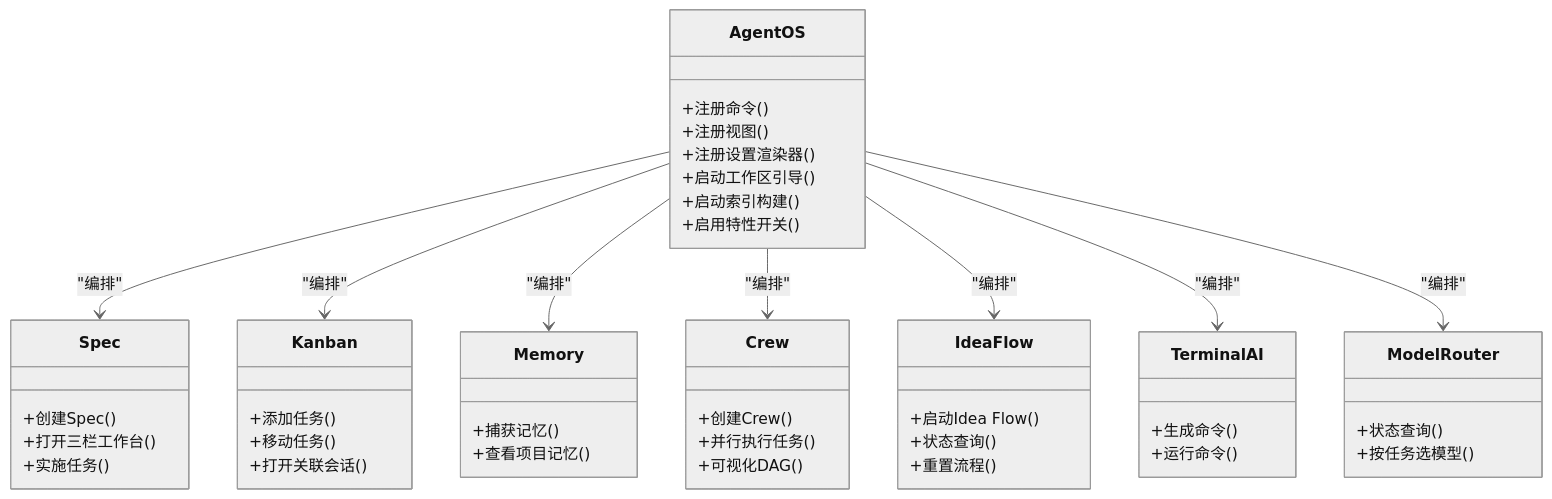
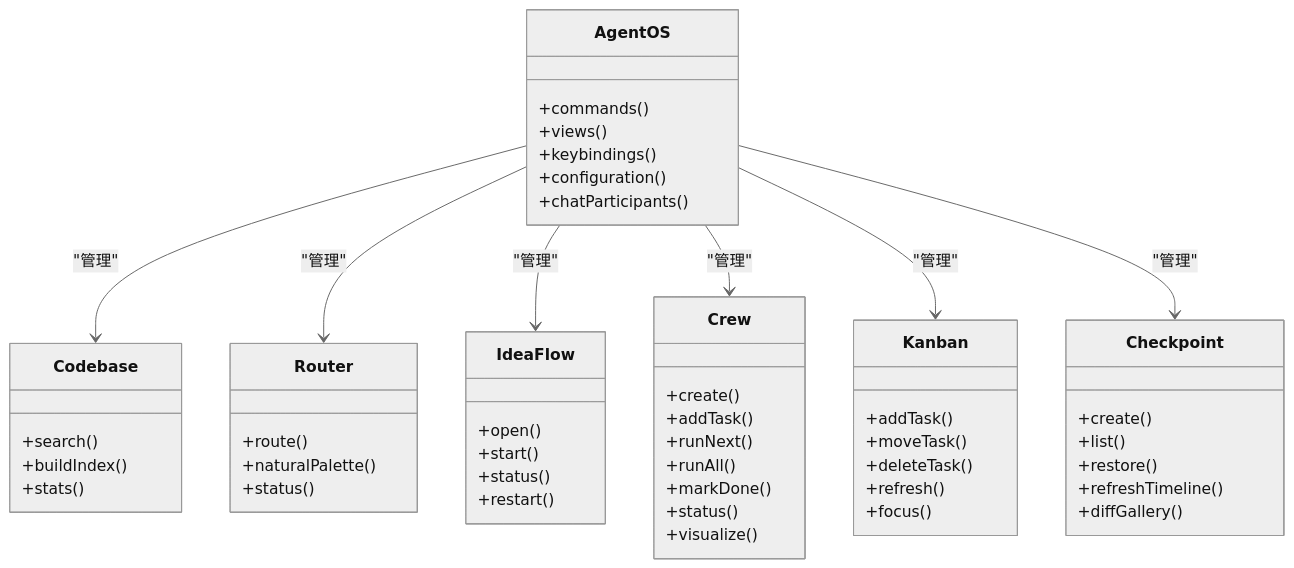
Before and after one commit to sofate798/KodrixCode: the fifth of 7 diagrams in .qoder/repowiki/zh/content/项目概述.md, drawn with Mermaid (neutral theme). The commit also changed other lines of this file and 178 other files, not shown here.

````diff
--- a/.qoder/repowiki/zh/content/项目概述.md
+++ b/.qoder/repowiki/zh/content/项目概述.md
@@ -138,50 +189,55 @@
 ```mermaid
 classDiagram
 class AgentOS {
-+注册命令()
-+注册视图()
-+注册设置渲染器()
-+启动工作区引导()
-+启动索引构建()
-+启用特性开关()
++commands()
++views()
++keybindings()
++configuration()
++chatParticipants()
 }
-class Spec {
-+创建Spec()
-+打开三栏工作台()
-+实施任务()
+class Codebase {
++search()
++buildIndex()
++stats()
+}
+class Router {
++route()
++naturalPalette()
++status()
+}
+class IdeaFlow {
++open()
++start()
++status()
++restart()
+}
+class Crew {
++create()
++addTask()
++runNext()
++runAll()
++markDone()
++status()
++visualize()
 }
 class Kanban {
-+添加任务()
-+移动任务()
-+打开关联会话()
++addTask()
++moveTask()
++deleteTask()
++refresh()
++focus()
 }
-class Memory {
-+捕获记忆()
-+查看项目记忆()
+class Checkpoint {
++create()
++list()
++restore()
++refreshTimeline()
++diffGallery()
 }
-class Crew {
-+创建Crew()
-+并行执行任务()
-+可视化DAG()
-}
-class IdeaFlow {
-+启动Idea Flow()
-+状态查询()
-+重置流程()
-}
-class TerminalAI {
-+生成命令()
-+运行命令()
-}
-class ModelRouter {
-+状态查询()
-+按任务选模型()
-}
-AgentOS --> Spec : "编排"
-AgentOS --> Kanban : "编排"
-AgentOS --> Memory : "编排"
-AgentOS --> Crew : "编排"
-AgentOS --> IdeaFlow : "编排"
-AgentOS --> TerminalAI : "编排"
-AgentOS --> ModelRouter : "编排"
+AgentOS --> Codebase : "管理"
+AgentOS --> Router : "管理"
+AgentOS --> IdeaFlow : "管理"
+AgentOS --> Crew : "管理"
+AgentOS --> Kanban : "管理"
+AgentOS --> Checkpoint : "管理"
 ```
````
